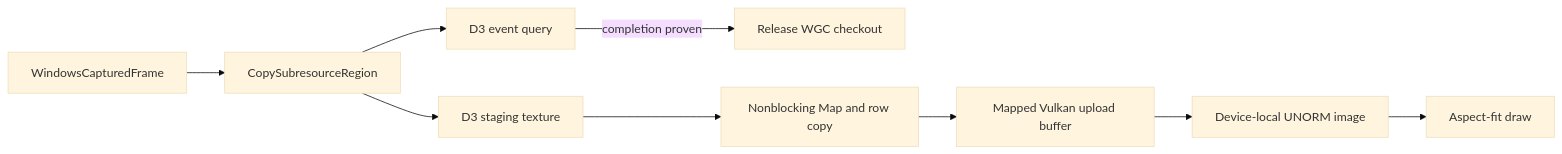
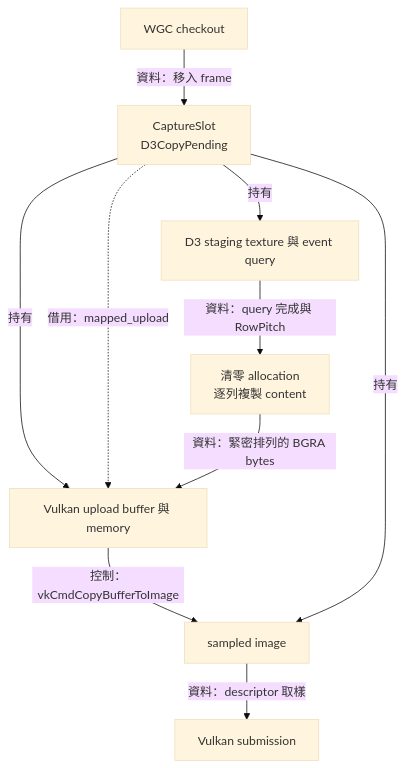
The third of 9 diagrams in docs/architecture/renderer.md (Mes0903/avb0795), drawn with Mermaid (base theme) before and after one commit. The commit also changed other lines of this file and 156 other files, not shown here.

````diff
--- a/docs/architecture/renderer.md
+++ b/docs/architecture/renderer.md
@@ -44,11 +67,12 @@
 ```mermaid
-flowchart LR
-    Checkout[WindowsCapturedFrame] --> Copy[CopySubresourceRegion]
-    Copy --> Staging[D3 staging texture]
-    Copy --> Query[D3 event query]
-    Query -->|completion proven| Checkin[Release WGC checkout]
-    Staging --> Map[Nonblocking Map and row copy]
-    Map --> Upload[Mapped Vulkan upload buffer]
-    Upload --> Image[Device-local UNORM image]
-    Image --> Draw[Aspect-fit draw]
+flowchart TB
+    Frame[WGC checkout] -->|資料：移入 frame| Slot[CaptureSlot<br/>D3CopyPending]
+    Slot -->|持有| Readback[D3 staging texture 與 event query]
+    Slot -->|持有| Upload[Vulkan upload buffer 與 memory]
+    Slot -.->|借用：mapped_upload| Upload
+    Readback -->|資料：query 完成與 RowPitch| Pack[清零 allocation<br/>逐列複製 content]
+    Pack -->|資料：緊密排列的 BGRA bytes| Upload
+    Upload -->|控制：vkCmdCopyBufferToImage| Image[sampled image]
+    Slot -->|持有| Image
+    Image -->|資料：descriptor 取樣| Submission[Vulkan submission]
 ```
````
